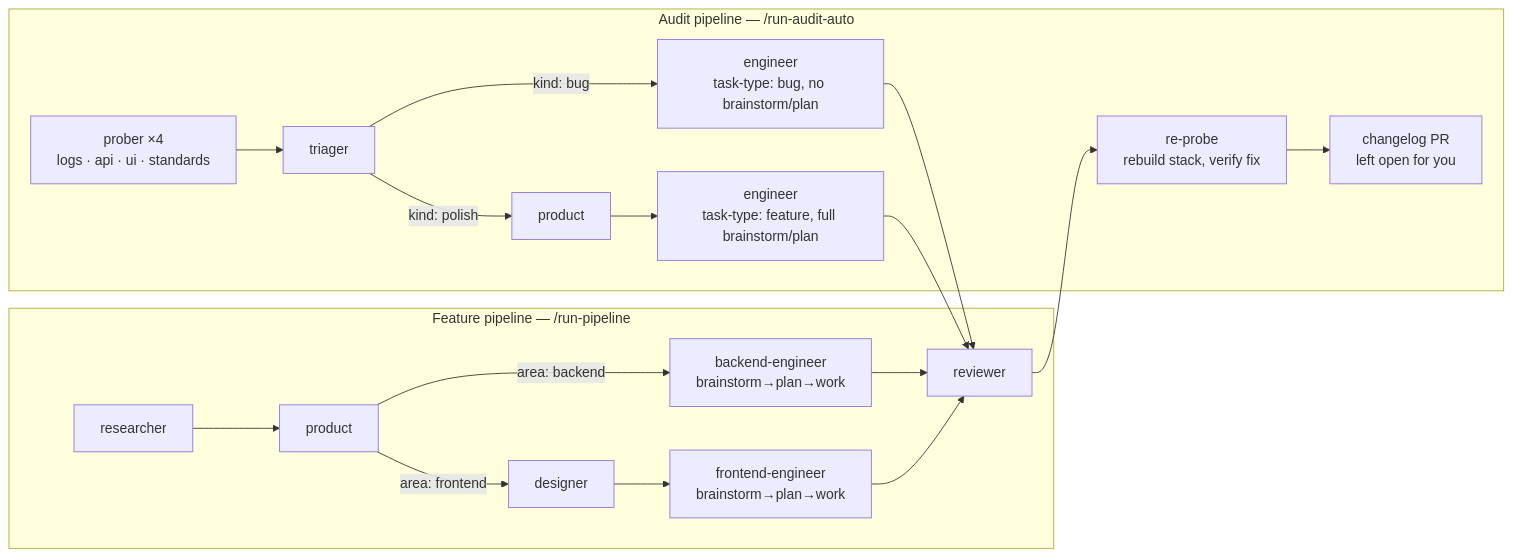
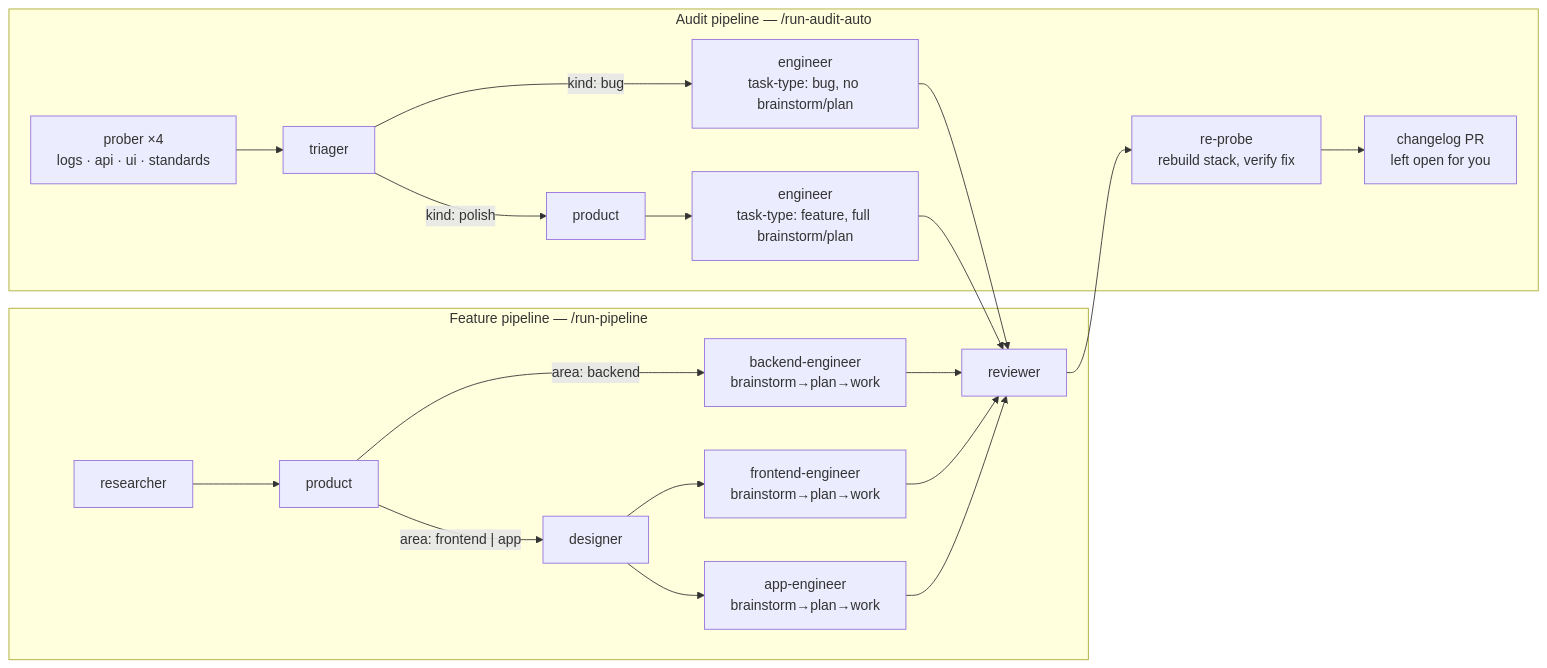
The diagram in docs/agent-pipeline.md (Mateja97/roamly), drawn with Mermaid before and after one commit. The commit also changed other lines of this file and 3 other files, not shown here.

````diff
--- a/docs/agent-pipeline.md
+++ b/docs/agent-pipeline.md
@@ -8,22 +8,24 @@
 ```mermaid
 flowchart LR
     subgraph FP["Feature pipeline — /run-pipeline"]
         R[researcher] --> P[product]
-        P -- "area: frontend" --> D[designer]
+        P -- "area: frontend | app" --> D[designer]
         P -- "area: backend" --> EB["backend-engineer\nbrainstorm→plan→work"]
         D --> EF["frontend-engineer\nbrainstorm→plan→work"]
+        D --> EA["app-engineer\nbrainstorm→plan→work"]
         EB --> RV[reviewer]
         EF --> RV
+        EA --> RV
     end
 
     subgraph AP["Audit pipeline — /run-audit-auto"]
         PR1["prober ×4\nlogs · api · ui · standards"] --> TR[triager]
         TR -- "kind: polish" --> PG[product]
         TR -- "kind: bug" --> EBUG["engineer\ntask-type: bug, no brainstorm/plan"]
         PG --> EPOL["engineer\ntask-type: feature, full brainstorm/plan"]
         EBUG --> RV
         EPOL --> RV
         RV --> RP["re-probe\nrebuild stack, verify fix"]
         RP --> CL["changelog PR\nleft open for you"]
     end
 ```
````
